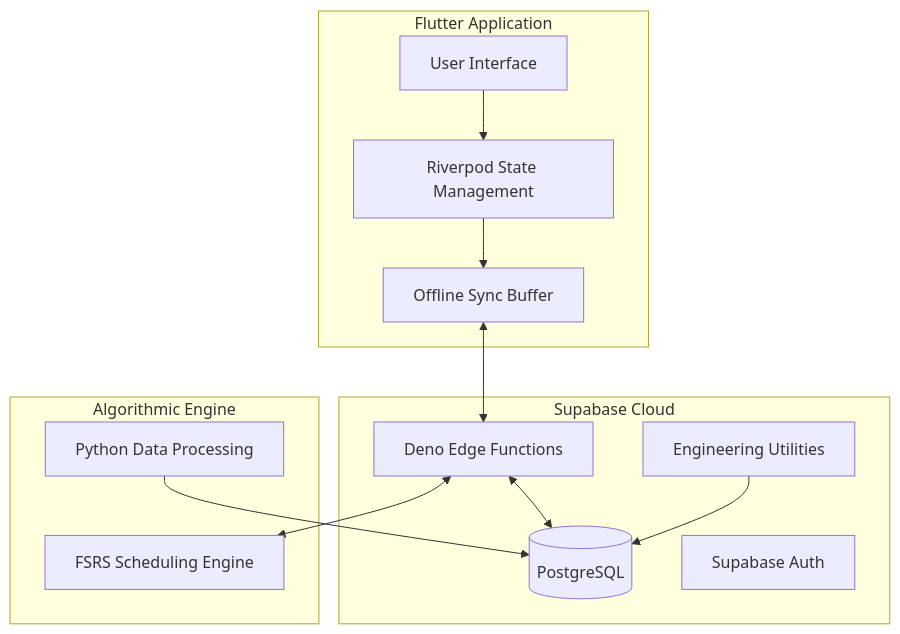
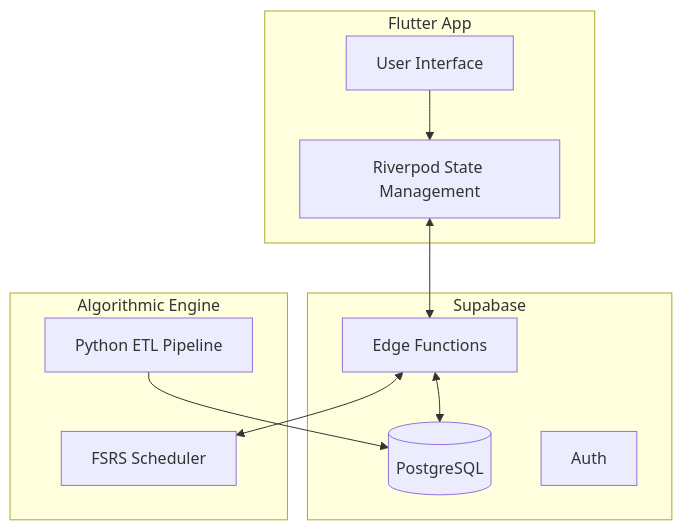
Before and after one commit to abderrahmanedioubi/velang-architecture-showcase: the diagram in README.md, drawn with Mermaid. The commit also changed other lines of this file, not shown here.

````diff
--- a/README.md
+++ b/README.md
@@ -16,28 +28,24 @@
 ```mermaid
 graph TD
-    subgraph Frontend [Flutter Application]
+    subgraph Frontend [Flutter App]
         UI[User Interface]
         Riverpod[Riverpod State Management]
-        OfflineSync[Offline Sync Buffer]
     end
 
-    subgraph Backend [Supabase Cloud]
+    subgraph Backend [Supabase]
         DB[(PostgreSQL)]
-        EdgeFunctions[Deno Edge Functions]
-        Auth[Supabase Auth]
-        Automation[Engineering Utilities]
+        Edge[Edge Functions]
+        Auth[Auth]
     end
 
-    subgraph Logic [Algorithmic Engine]
-        FSRS[FSRS Scheduling Engine]
-        Python[Python Data Processing]
+    subgraph Engine [Algorithmic Engine]
+        FSRS[FSRS Scheduler]
+        ETL[Python ETL Pipeline]
     end
 
     UI --> Riverpod
-    Riverpod --> OfflineSync
-    OfflineSync <--> EdgeFunctions
-    EdgeFunctions <--> DB
-    EdgeFunctions <--> FSRS
-    Python --> DB
-    Automation --> DB
+    Riverpod <--> Edge
+    Edge <--> DB
+    Edge <--> FSRS
+    ETL --> DB
 ```
````
